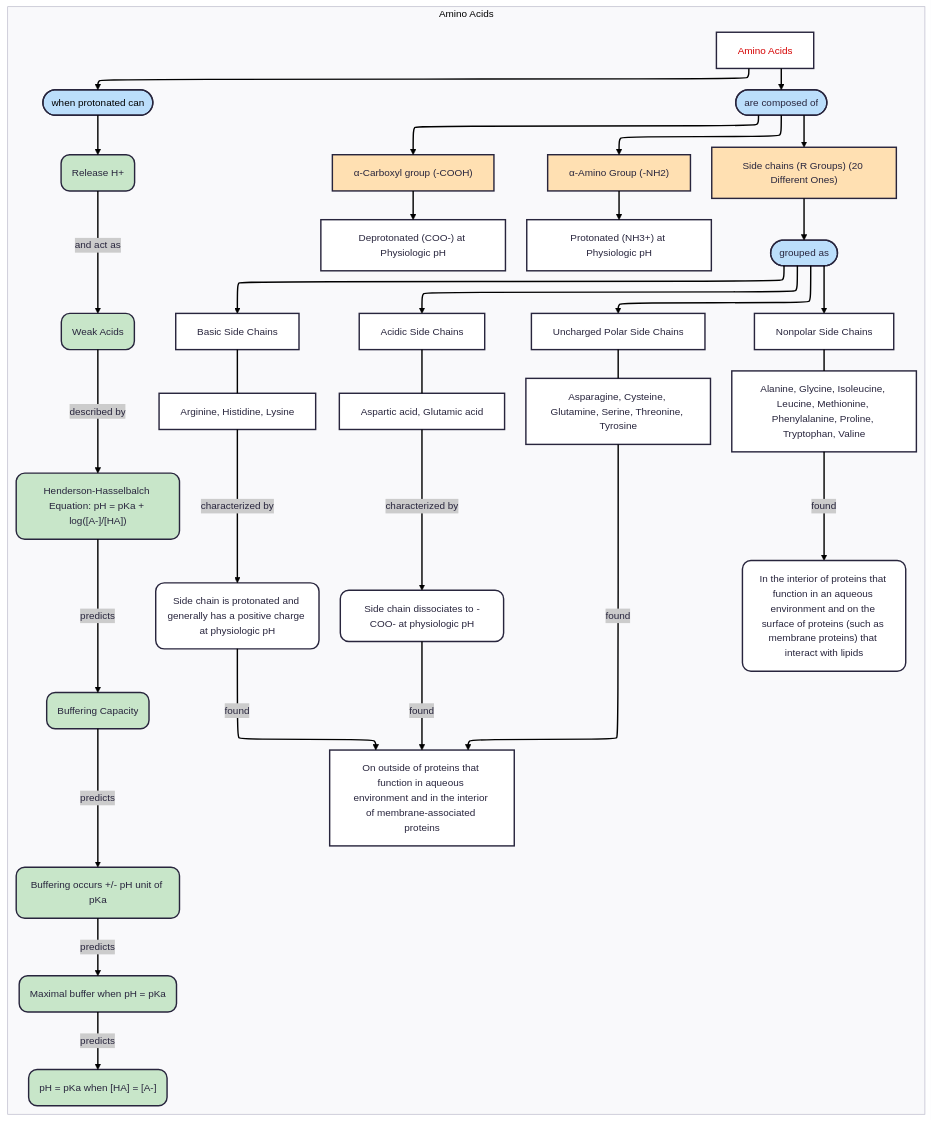
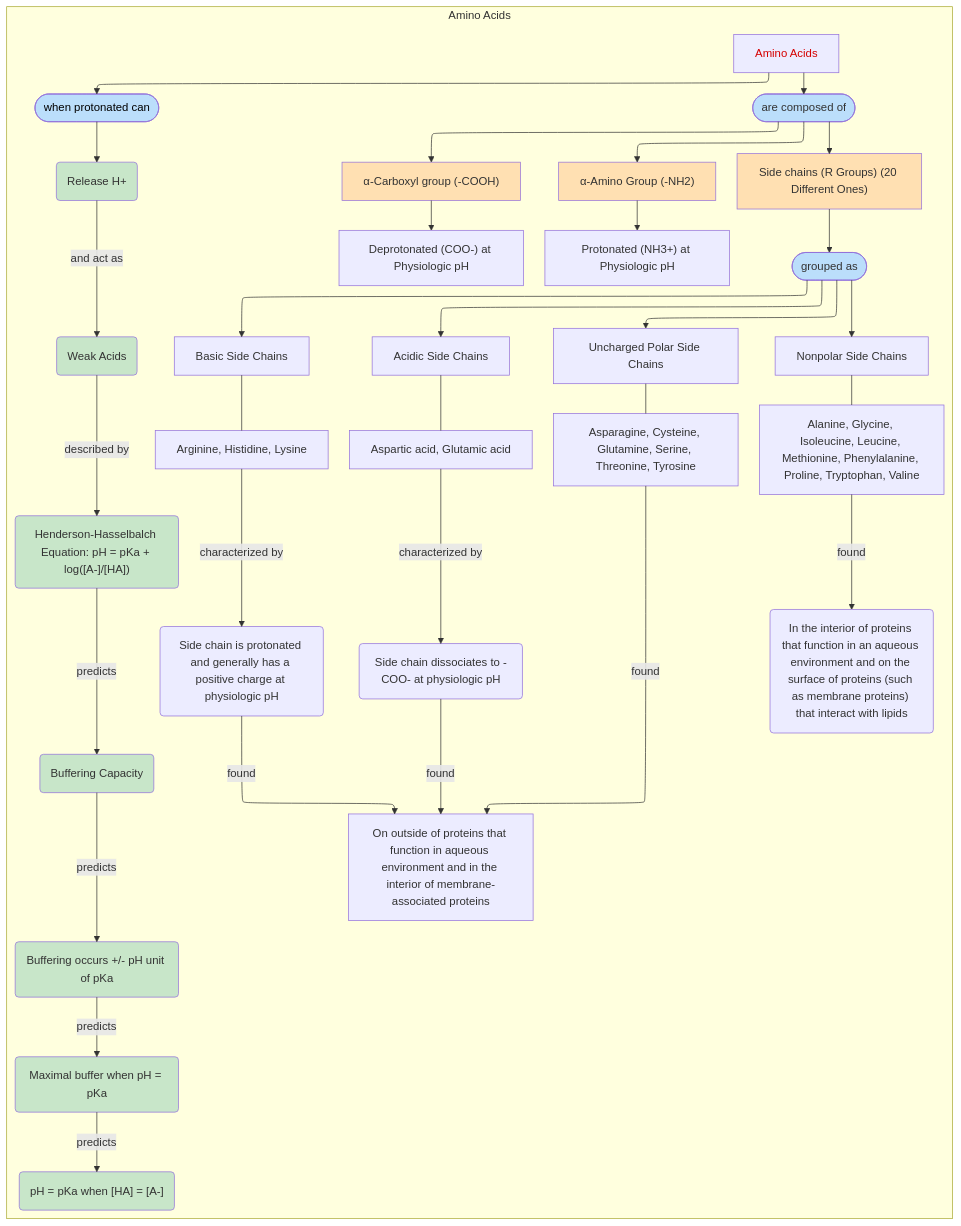
One commit to dgpebly/biochem-ferrier changed the diagram in amino acid concept map.md. Above: the diagram before and after it, drawn with Mermaid.

Commit message:
Update amino acid concept map.md

````diff
--- a/amino acid concept map.md
+++ b/amino acid concept map.md
@@ -1,7 +1,7 @@
 ```mermaid
 ---
 config:
-  theme: redux
+  theme: default
   layout: elk
 ---
 flowchart TD
````
